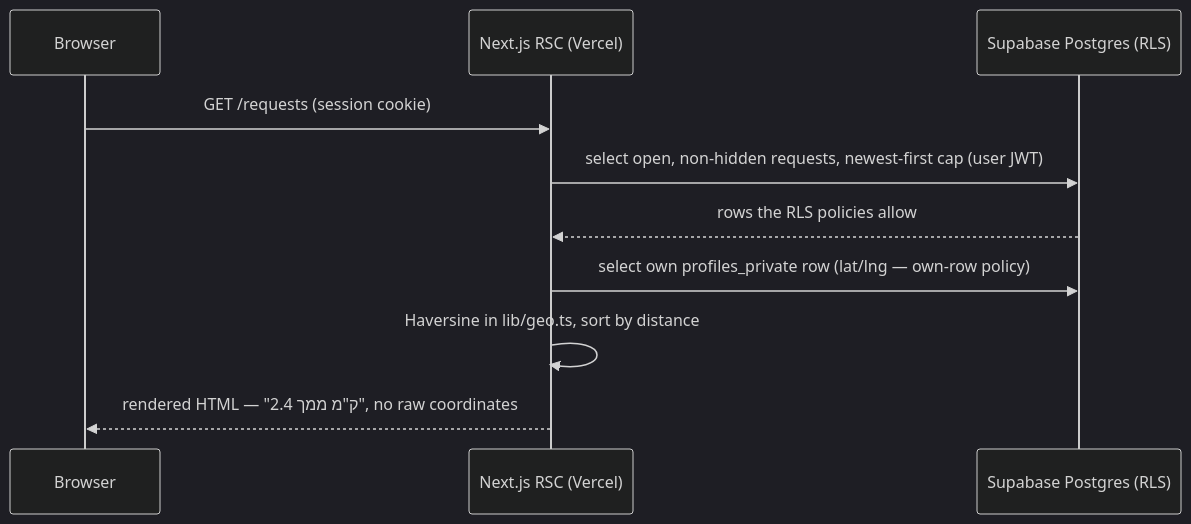
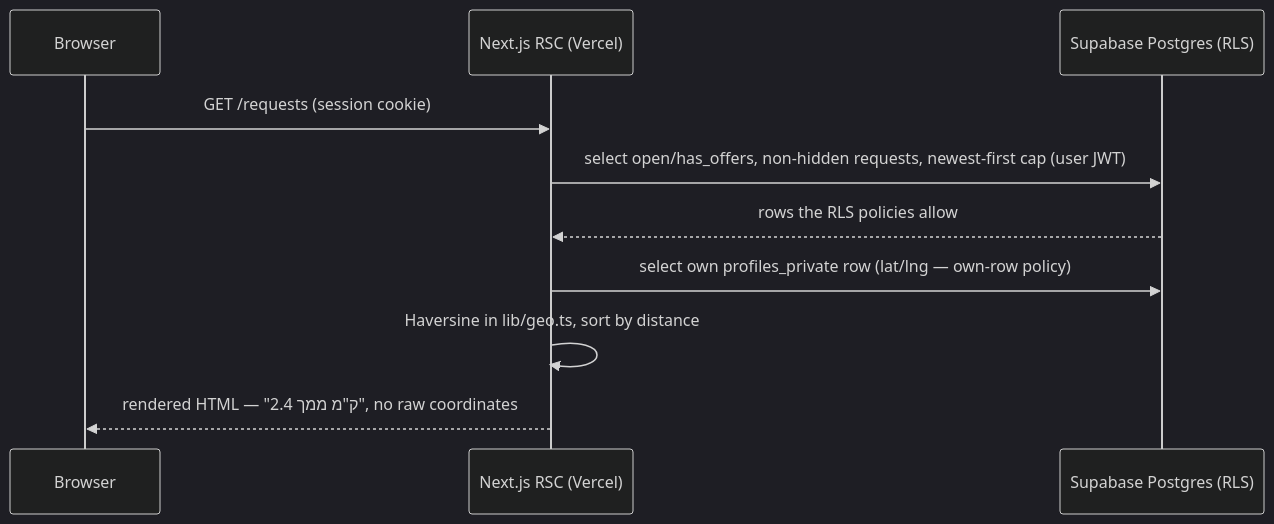
The third of 4 diagrams in docs/02-architecture.md (YuvGev00/ihelp), drawn with Mermaid (dark theme) before and after one commit. The commit also changed other lines of this file and 1 other file, not shown here.

````diff
--- a/docs/02-architecture.md
+++ b/docs/02-architecture.md
@@ -363,13 +376,13 @@
 ```mermaid
 sequenceDiagram
     participant B as Browser
     participant N as Next.js RSC (Vercel)
     participant DB as Supabase Postgres (RLS)
 
     B->>N: GET /requests (session cookie)
-    N->>DB: select open, non-hidden requests, newest-first cap (user JWT)
+    N->>DB: select open/has_offers, non-hidden requests, newest-first cap (user JWT)
     DB-->>N: rows the RLS policies allow
     N->>DB: select own profiles_private row (lat/lng — own-row policy)
     N->>N: Haversine in lib/geo.ts, sort by distance
     N-->>B: rendered HTML — "2.4 ק"מ ממך", no raw coordinates
 ```
````
